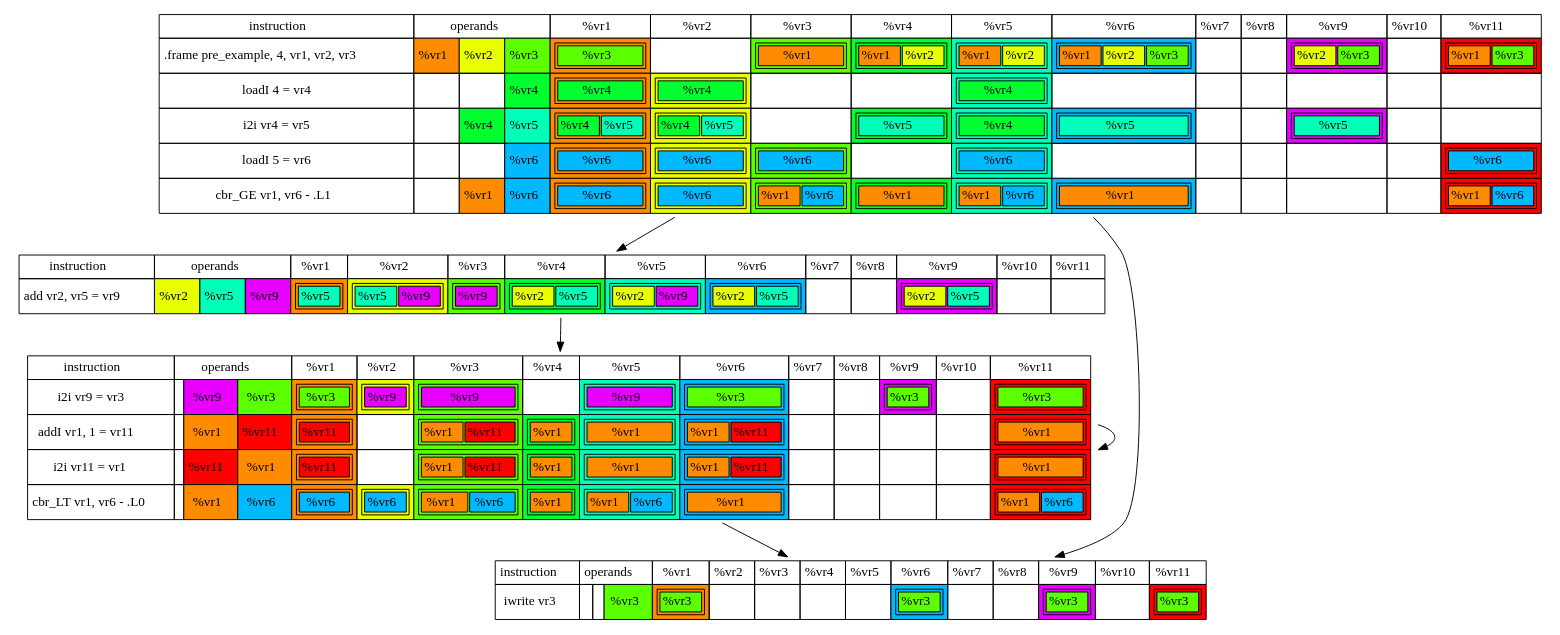
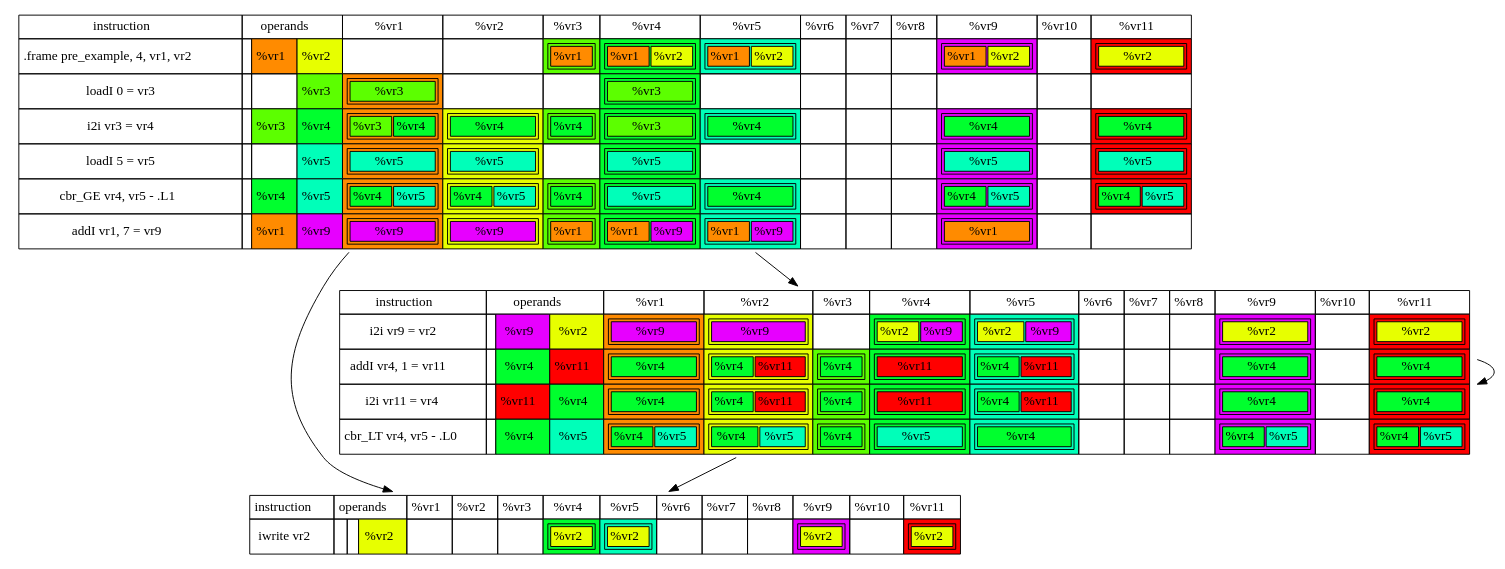
Before and after one commit to DevinR528/iloc-opt: the diagram in boo.dot, drawn with Graphviz. The commit also changed 13 other files, not shown here.

```diff
--- a/boo.dot
+++ b/boo.dot
@@ -14,14 +14,11 @@
 <td>%vr10</td>
 <td>%vr11</td>
 </tr>
-<tr><td>.frame pre_example, 4, vr1, vr2, vr3</td>
+<tr><td>.frame pre_example, 4, vr1, vr2</td>
+<td></td>
     <td bgcolor = "0.090909086 1 1">%vr1</td>
     <td bgcolor = "0.18181817 1 1">%vr2</td>
-    <td bgcolor = "0.27272728 1 1">%vr3</td>
-    <td  bgcolor = "0.090909086 1 1"><table><tr>
-    <td bgcolor = "0.27272728 1 1">%vr3</td>
-</tr></table>
-</td>
+<td></td>
 <td></td>
     <td  bgcolor = "0.27272728 1 1"><table><tr>
     <td bgcolor = "0.090909086 1 1">%vr1</td>
@@ -37,42 +34,32 @@
     <td bgcolor = "0.18181817 1 1">%vr2</td>
 </tr></table>
 </td>
-    <td  bgcolor = "0.54545456 1 1"><table><tr>
+<td></td>
+<td></td>
+<td></td>
+    <td  bgcolor = "0.81818175 1 1"><table><tr>
     <td bgcolor = "0.090909086 1 1">%vr1</td>
     <td bgcolor = "0.18181817 1 1">%vr2</td>
+</tr></table>
+</td>
+<td></td>
+    <td  bgcolor = "1 1 1"><table><tr>
+    <td bgcolor = "0.18181817 1 1">%vr2</td>
+</tr></table>
+</td>
+</tr>
+<tr><td>loadI 0 = vr3</td>
+<td></td>
+<td></td>
+    <td bgcolor = "0.27272728 1 1">%vr3</td>
+    <td  bgcolor = "0.090909086 1 1"><table><tr>
     <td bgcolor = "0.27272728 1 1">%vr3</td>
 </tr></table>
 </td>
 <td></td>
 <td></td>
-    <td  bgcolor = "0.81818175 1 1"><table><tr>
-    <td bgcolor = "0.18181817 1 1">%vr2</td>
+    <td  bgcolor = "0.36363634 1 1"><table><tr>
     <td bgcolor = "0.27272728 1 1">%vr3</td>
-</tr></table>
-</td>
-<td></td>
-    <td  bgcolor = "1 1 1"><table><tr>
-    <td bgcolor = "0.090909086 1 1">%vr1</td>
-    <td bgcolor = "0.27272728 1 1">%vr3</td>
-</tr></table>
-</td>
-</tr>
-<tr><td>loadI 4 = vr4</td>
-<td></td>
-<td></td>
-    <td bgcolor = "0.36363634 1 1">%vr4</td>
-    <td  bgcolor = "0.090909086 1 1"><table><tr>
-    <td bgcolor = "0.36363634 1 1">%vr4</td>
-</tr></table>
-</td>
-    <td  bgcolor = "0.18181817 1 1"><table><tr>
-    <td bgcolor = "0.36363634 1 1">%vr4</td>
-</tr></table>
-</td>
-<td></td>
-<td></td>
-    <td  bgcolor = "0.45454544 1 1"><table><tr>
-    <td bgcolor = "0.36363634 1 1">%vr4</td>
 </tr></table>
 </td>
 <td></td>
@@ -81,8 +68,78 @@
 <td></td>
 <td></td>
 <td></td>
+<td></td>
 </tr>
-<tr><td>i2i vr4 = vr5</td>
+<tr><td>i2i vr3 = vr4</td>
+<td></td>
+    <td bgcolor = "0.27272728 1 1">%vr3</td>
+    <td bgcolor = "0.36363634 1 1">%vr4</td>
+    <td  bgcolor = "0.090909086 1 1"><table><tr>
+    <td bgcolor = "0.27272728 1 1">%vr3</td>
+    <td bgcolor = "0.36363634 1 1">%vr4</td>
+</tr></table>
+</td>
+    <td  bgcolor = "0.18181817 1 1"><table><tr>
+    <td bgcolor = "0.36363634 1 1">%vr4</td>
+</tr></table>
+</td>
+    <td  bgcolor = "0.27272728 1 1"><table><tr>
+    <td bgcolor = "0.36363634 1 1">%vr4</td>
+</tr></table>
+</td>
+    <td  bgcolor = "0.36363634 1 1"><table><tr>
+    <td bgcolor = "0.27272728 1 1">%vr3</td>
+</tr></table>
+</td>
+    <td  bgcolor = "0.45454544 1 1"><table><tr>
+    <td bgcolor = "0.36363634 1 1">%vr4</td>
+</tr></table>
+</td>
+<td></td>
+<td></td>
+<td></td>
+    <td  bgcolor = "0.81818175 1 1"><table><tr>
+    <td bgcolor = "0.36363634 1 1">%vr4</td>
+</tr></table>
+</td>
+<td></td>
+    <td  bgcolor = "1 1 1"><table><tr>
+    <td bgcolor = "0.36363634 1 1">%vr4</td>
+</tr></table>
+</td>
+</tr>
+<tr><td>loadI 5 = vr5</td>
+<td></td>
+<td></td>
+    <td bgcolor = "0.45454544 1 1">%vr5</td>
+    <td  bgcolor = "0.090909086 1 1"><table><tr>
+    <td bgcolor = "0.45454544 1 1">%vr5</td>
+</tr></table>
+</td>
+    <td  bgcolor = "0.18181817 1 1"><table><tr>
+    <td bgcolor = "0.45454544 1 1">%vr5</td>
+</tr></table>
+</td>
+<td></td>
+    <td  bgcolor = "0.36363634 1 1"><table><tr>
+    <td bgcolor = "0.45454544 1 1">%vr5</td>
+</tr></table>
+</td>
+<td></td>
+<td></td>
+<td></td>
+<td></td>
+    <td  bgcolor = "0.81818175 1 1"><table><tr>
+    <td bgcolor = "0.45454544 1 1">%vr5</td>
+</tr></table>
+</td>
+<td></td>
+    <td  bgcolor = "1 1 1"><table><tr>
+    <td bgcolor = "0.45454544 1 1">%vr5</td>
+</tr></table>
+</td>
+</tr>
+<tr><td>cbr_GE vr4, vr5 - .L1</td>
 <td></td>
     <td bgcolor = "0.36363634 1 1">%vr4</td>
     <td bgcolor = "0.45454544 1 1">%vr5</td>
@@ -96,7 +153,10 @@
     <td bgcolor = "0.45454544 1 1">%vr5</td>
 </tr></table>
 </td>
-<td></td>
+    <td  bgcolor = "0.27272728 1 1"><table><tr>
+    <td bgcolor = "0.36363634 1 1">%vr4</td>
+</tr></table>
+</td>
     <td  bgcolor = "0.36363634 1 1"><table><tr>
     <td bgcolor = "0.45454544 1 1">%vr5</td>
 </tr></table>
@@ -105,152 +165,60 @@
     <td bgcolor = "0.36363634 1 1">%vr4</td>
 </tr></table>
 </td>
-    <td  bgcolor = "0.54545456 1 1"><table><tr>
+<td></td>
+<td></td>
+<td></td>
+    <td  bgcolor = "0.81818175 1 1"><table><tr>
+    <td bgcolor = "0.36363634 1 1">%vr4</td>
     <td bgcolor = "0.45454544 1 1">%vr5</td>
 </tr></table>
 </td>
 <td></td>
-<td></td>
-    <td  bgcolor = "0.81818175 1 1"><table><tr>
+    <td  bgcolor = "1 1 1"><table><tr>
+    <td bgcolor = "0.36363634 1 1">%vr4</td>
     <td bgcolor = "0.45454544 1 1">%vr5</td>
 </tr></table>
 </td>
+</tr>
+<tr><td>addI vr1, 7 = vr9</td>
 <td></td>
-<td></td>
-</tr>
-<tr><td>loadI 5 = vr6</td>
-<td></td>
-<td></td>
-    <td bgcolor = "0.54545456 1 1">%vr6</td>
+    <td bgcolor = "0.090909086 1 1">%vr1</td>
+    <td bgcolor = "0.81818175 1 1">%vr9</td>
     <td  bgcolor = "0.090909086 1 1"><table><tr>
-    <td bgcolor = "0.54545456 1 1">%vr6</td>
+    <td bgcolor = "0.81818175 1 1">%vr9</td>
 </tr></table>
 </td>
     <td  bgcolor = "0.18181817 1 1"><table><tr>
-    <td bgcolor = "0.54545456 1 1">%vr6</td>
+    <td bgcolor = "0.81818175 1 1">%vr9</td>
 </tr></table>
 </td>
     <td  bgcolor = "0.27272728 1 1"><table><tr>
-    <td bgcolor = "0.54545456 1 1">%vr6</td>
+    <td bgcolor = "0.090909086 1 1">%vr1</td>
 </tr></table>
 </td>
-<td></td>
+    <td  bgcolor = "0.36363634 1 1"><table><tr>
+    <td bgcolor = "0.090909086 1 1">%vr1</td>
+    <td bgcolor = "0.81818175 1 1">%vr9</td>
+</tr></table>
+</td>
     <td  bgcolor = "0.45454544 1 1"><table><tr>
-    <td bgcolor = "0.54545456 1 1">%vr6</td>
+    <td bgcolor = "0.090909086 1 1">%vr1</td>
+    <td bgcolor = "0.81818175 1 1">%vr9</td>
 </tr></table>
 </td>
 <td></td>
 <td></td>
 <td></td>
-<td></td>
-<td></td>
-    <td  bgcolor = "1 1 1"><table><tr>
-    <td bgcolor = "0.54545456 1 1">%vr6</td>
-</tr></table>
-</td>
-</tr>
-<tr><td>cbr_GE vr1, vr6 - .L1</td>
-<td></td>
+    <td  bgcolor = "0.81818175 1 1"><table><tr>
     <td bgcolor = "0.090909086 1 1">%vr1</td>
-    <td bgcolor = "0.54545456 1 1">%vr6</td>
-    <td  bgcolor = "0.090909086 1 1"><table><tr>
-    <td bgcolor = "0.54545456 1 1">%vr6</td>
-</tr></table>
-</td>
-    <td  bgcolor = "0.18181817 1 1"><table><tr>
-    <td bgcolor = "0.54545456 1 1">%vr6</td>
-</tr></table>
-</td>
-    <td  bgcolor = "0.27272728 1 1"><table><tr>
-    <td bgcolor = "0.090909086 1 1">%vr1</td>
-    <td bgcolor = "0.54545456 1 1">%vr6</td>
-</tr></table>
-</td>
-    <td  bgcolor = "0.36363634 1 1"><table><tr>
-    <td bgcolor = "0.090909086 1 1">%vr1</td>
-</tr></table>
-</td>
-    <td  bgcolor = "0.45454544 1 1"><table><tr>
-    <td bgcolor = "0.090909086 1 1">%vr1</td>
-    <td bgcolor = "0.54545456 1 1">%vr6</td>
-</tr></table>
-</td>
-    <td  bgcolor = "0.54545456 1 1"><table><tr>
-    <td bgcolor = "0.090909086 1 1">%vr1</td>
-</tr></table>
-</td>
-<td></td>
-<td></td>
-<td></td>
-<td></td>
-    <td  bgcolor = "1 1 1"><table><tr>
-    <td bgcolor = "0.090909086 1 1">%vr1</td>
-    <td bgcolor = "0.54545456 1 1">%vr6</td>
-</tr></table>
-</td>
-</tr>
-</table>>]
-_F_pre_example -> _pre_F_pre_example_L0
-_F_pre_example -> _L1
-_pre_F_pre_example_L0 [shape = none, label = <
-<table border="0" cellborder="1" cellspacing="0" cellpadding="4">
-<tr><td>instruction</td><td colspan="3">operands</td>
-<td>%vr1</td>
-<td>%vr2</td>
-<td>%vr3</td>
-<td>%vr4</td>
-<td>%vr5</td>
-<td>%vr6</td>
-<td>%vr7</td>
-<td>%vr8</td>
-<td>%vr9</td>
-<td>%vr10</td>
-<td>%vr11</td>
-</tr>
-<tr><td>add vr2, vr5 = vr9</td>
-    <td bgcolor = "0.18181817 1 1">%vr2</td>
-    <td bgcolor = "0.45454544 1 1">%vr5</td>
-    <td bgcolor = "0.81818175 1 1">%vr9</td>
-    <td  bgcolor = "0.090909086 1 1"><table><tr>
-    <td bgcolor = "0.45454544 1 1">%vr5</td>
-</tr></table>
-</td>
-    <td  bgcolor = "0.18181817 1 1"><table><tr>
-    <td bgcolor = "0.45454544 1 1">%vr5</td>
-    <td bgcolor = "0.81818175 1 1">%vr9</td>
-</tr></table>
-</td>
-    <td  bgcolor = "0.27272728 1 1"><table><tr>
-    <td bgcolor = "0.81818175 1 1">%vr9</td>
-</tr></table>
-</td>
-    <td  bgcolor = "0.36363634 1 1"><table><tr>
-    <td bgcolor = "0.18181817 1 1">%vr2</td>
-    <td bgcolor = "0.45454544 1 1">%vr5</td>
-</tr></table>
-</td>
-    <td  bgcolor = "0.45454544 1 1"><table><tr>
-    <td bgcolor = "0.18181817 1 1">%vr2</td>
-    <td bgcolor = "0.81818175 1 1">%vr9</td>
-</tr></table>
-</td>
-    <td  bgcolor = "0.54545456 1 1"><table><tr>
-    <td bgcolor = "0.18181817 1 1">%vr2</td>
-    <td bgcolor = "0.45454544 1 1">%vr5</td>
-</tr></table>
-</td>
-<td></td>
-<td></td>
-    <td  bgcolor = "0.81818175 1 1"><table><tr>
-    <td bgcolor = "0.18181817 1 1">%vr2</td>
-    <td bgcolor = "0.45454544 1 1">%vr5</td>
 </tr></table>
 </td>
 <td></td>
 <td></td>
 </tr>
 </table>>]
-_pre_F_pre_example_L0 -> _L0
+_F_pre_example -> _L1
+_F_pre_example -> _L0
 _L0 [shape = none, label = <
 <table border="0" cellborder="1" cellspacing="0" cellpadding="4">
 <tr><td>instruction</td><td colspan="3">operands</td>
@@ -266,158 +234,164 @@
 <td>%vr10</td>
 <td>%vr11</td>
 </tr>
-<tr><td>i2i vr9 = vr3</td>
+<tr><td>i2i vr9 = vr2</td>
 <td></td>
     <td bgcolor = "0.81818175 1 1">%vr9</td>
-    <td bgcolor = "0.27272728 1 1">%vr3</td>
+    <td bgcolor = "0.18181817 1 1">%vr2</td>
     <td  bgcolor = "0.090909086 1 1"><table><tr>
-    <td bgcolor = "0.27272728 1 1">%vr3</td>
+    <td bgcolor = "0.81818175 1 1">%vr9</td>
 </tr></table>
 </td>
     <td  bgcolor = "0.18181817 1 1"><table><tr>
     <td bgcolor = "0.81818175 1 1">%vr9</td>
 </tr></table>
 </td>
-    <td  bgcolor = "0.27272728 1 1"><table><tr>
+<td></td>
+    <td  bgcolor = "0.36363634 1 1"><table><tr>
+    <td bgcolor = "0.18181817 1 1">%vr2</td>
+    <td bgcolor = "0.81818175 1 1">%vr9</td>
+</tr></table>
+</td>
+    <td  bgcolor = "0.45454544 1 1"><table><tr>
+    <td bgcolor = "0.18181817 1 1">%vr2</td>
     <td bgcolor = "0.81818175 1 1">%vr9</td>
 </tr></table>
 </td>
 <td></td>
-    <td  bgcolor = "0.45454544 1 1"><table><tr>
-    <td bgcolor = "0.81818175 1 1">%vr9</td>
-</tr></table>
-</td>
-    <td  bgcolor = "0.54545456 1 1"><table><tr>
-    <td bgcolor = "0.27272728 1 1">%vr3</td>
-</tr></table>
-</td>
 <td></td>
 <td></td>
     <td  bgcolor = "0.81818175 1 1"><table><tr>
-    <td bgcolor = "0.27272728 1 1">%vr3</td>
+    <td bgcolor = "0.18181817 1 1">%vr2</td>
 </tr></table>
 </td>
 <td></td>
     <td  bgcolor = "1 1 1"><table><tr>
-    <td bgcolor = "0.27272728 1 1">%vr3</td>
+    <td bgcolor = "0.18181817 1 1">%vr2</td>
 </tr></table>
 </td>
 </tr>
-<tr><td>addI vr1, 1 = vr11</td>
+<tr><td>addI vr4, 1 = vr11</td>
 <td></td>
-    <td bgcolor = "0.090909086 1 1">%vr1</td>
+    <td bgcolor = "0.36363634 1 1">%vr4</td>
     <td bgcolor = "1 1 1">%vr11</td>
     <td  bgcolor = "0.090909086 1 1"><table><tr>
+    <td bgcolor = "0.36363634 1 1">%vr4</td>
+</tr></table>
+</td>
+    <td  bgcolor = "0.18181817 1 1"><table><tr>
+    <td bgcolor = "0.36363634 1 1">%vr4</td>
     <td bgcolor = "1 1 1">%vr11</td>
 </tr></table>
 </td>
-<td></td>
     <td  bgcolor = "0.27272728 1 1"><table><tr>
-    <td bgcolor = "0.090909086 1 1">%vr1</td>
+    <td bgcolor = "0.36363634 1 1">%vr4</td>
+</tr></table>
+</td>
+    <td  bgcolor = "0.36363634 1 1"><table><tr>
     <td bgcolor = "1 1 1">%vr11</td>
 </tr></table>
 </td>
-    <td  bgcolor = "0.36363634 1 1"><table><tr>
-    <td bgcolor = "0.090909086 1 1">%vr1</td>
-</tr></table>
-</td>
     <td  bgcolor = "0.45454544 1 1"><table><tr>
-    <td bgcolor = "0.090909086 1 1">%vr1</td>
-</tr></table>
-</td>
-    <td  bgcolor = "0.54545456 1 1"><table><tr>
-    <td bgcolor = "0.090909086 1 1">%vr1</td>
+    <td bgcolor = "0.36363634 1 1">%vr4</td>
     <td bgcolor = "1 1 1">%vr11</td>
 </tr></table>
 </td>
 <td></td>
 <td></td>
 <td></td>
+    <td  bgcolor = "0.81818175 1 1"><table><tr>
+    <td bgcolor = "0.36363634 1 1">%vr4</td>
+</tr></table>
+</td>
 <td></td>
     <td  bgcolor = "1 1 1"><table><tr>
-    <td bgcolor = "0.090909086 1 1">%vr1</td>
+    <td bgcolor = "0.36363634 1 1">%vr4</td>
 </tr></table>
 </td>
 </tr>
-<tr><td>i2i vr11 = vr1</td>
+<tr><td>i2i vr11 = vr4</td>
 <td></td>
     <td bgcolor = "1 1 1">%vr11</td>
-    <td bgcolor = "0.090909086 1 1">%vr1</td>
+    <td bgcolor = "0.36363634 1 1">%vr4</td>
     <td  bgcolor = "0.090909086 1 1"><table><tr>
+    <td bgcolor = "0.36363634 1 1">%vr4</td>
+</tr></table>
+</td>
+    <td  bgcolor = "0.18181817 1 1"><table><tr>
+    <td bgcolor = "0.36363634 1 1">%vr4</td>
     <td bgcolor = "1 1 1">%vr11</td>
 </tr></table>
 </td>
-<td></td>
     <td  bgcolor = "0.27272728 1 1"><table><tr>
-    <td bgcolor = "0.090909086 1 1">%vr1</td>
+    <td bgcolor = "0.36363634 1 1">%vr4</td>
+</tr></table>
+</td>
+    <td  bgcolor = "0.36363634 1 1"><table><tr>
     <td bgcolor = "1 1 1">%vr11</td>
 </tr></table>
 </td>
-    <td  bgcolor = "0.36363634 1 1"><table><tr>
-    <td bgcolor = "0.090909086 1 1">%vr1</td>
-</tr></table>
-</td>
     <td  bgcolor = "0.45454544 1 1"><table><tr>
-    <td bgcolor = "0.090909086 1 1">%vr1</td>
-</tr></table>
-</td>
-    <td  bgcolor = "0.54545456 1 1"><table><tr>
-    <td bgcolor = "0.090909086 1 1">%vr1</td>
+    <td bgcolor = "0.36363634 1 1">%vr4</td>
     <td bgcolor = "1 1 1">%vr11</td>
 </tr></table>
 </td>
 <td></td>
 <td></td>
 <td></td>
+    <td  bgcolor = "0.81818175 1 1"><table><tr>
+    <td bgcolor = "0.36363634 1 1">%vr4</td>
+</tr></table>
+</td>
 <td></td>
     <td  bgcolor = "1 1 1"><table><tr>
-    <td bgcolor = "0.090909086 1 1">%vr1</td>
+    <td bgcolor = "0.36363634 1 1">%vr4</td>
 </tr></table>
 </td>
 </tr>
-<tr><td>cbr_LT vr1, vr6 - .L0</td>
+<tr><td>cbr_LT vr4, vr5 - .L0</td>
 <td></td>
-    <td bgcolor = "0.090909086 1 1">%vr1</td>
-    <td bgcolor = "0.54545456 1 1">%vr6</td>
+    <td bgcolor = "0.36363634 1 1">%vr4</td>
+    <td bgcolor = "0.45454544 1 1">%vr5</td>
     <td  bgcolor = "0.090909086 1 1"><table><tr>
-    <td bgcolor = "0.54545456 1 1">%vr6</td>
+    <td bgcolor = "0.36363634 1 1">%vr4</td>
+    <td bgcolor = "0.45454544 1 1">%vr5</td>
 </tr></table>
 </td>
     <td  bgcolor = "0.18181817 1 1"><table><tr>
-    <td bgcolor = "0.54545456 1 1">%vr6</td>
+    <td bgcolor = "0.36363634 1 1">%vr4</td>
+    <td bgcolor = "0.45454544 1 1">%vr5</td>
 </tr></table>
 </td>
     <td  bgcolor = "0.27272728 1 1"><table><tr>
-    <td bgcolor = "0.090909086 1 1">%vr1</td>
-    <td bgcolor = "0.54545456 1 1">%vr6</td>
+    <td bgcolor = "0.36363634 1 1">%vr4</td>
 </tr></table>
 </td>
     <td  bgcolor = "0.36363634 1 1"><table><tr>
-    <td bgcolor = "0.090909086 1 1">%vr1</td>
+    <td bgcolor = "0.45454544 1 1">%vr5</td>
 </tr></table>
 </td>
     <td  bgcolor = "0.45454544 1 1"><table><tr>
-    <td bgcolor = "0.090909086 1 1">%vr1</td>
-    <td bgcolor = "0.54545456 1 1">%vr6</td>
-</tr></table>
-</td>
-    <td  bgcolor = "0.54545456 1 1"><table><tr>
-    <td bgcolor = "0.090909086 1 1">%vr1</td>
+    <td bgcolor = "0.36363634 1 1">%vr4</td>
 </tr></table>
 </td>
 <td></td>
 <td></td>
 <td></td>
+    <td  bgcolor = "0.81818175 1 1"><table><tr>
+    <td bgcolor = "0.36363634 1 1">%vr4</td>
+    <td bgcolor = "0.45454544 1 1">%vr5</td>
+</tr></table>
+</td>
 <td></td>
     <td  bgcolor = "1 1 1"><table><tr>
-    <td bgcolor = "0.090909086 1 1">%vr1</td>
-    <td bgcolor = "0.54545456 1 1">%vr6</td>
+    <td bgcolor = "0.36363634 1 1">%vr4</td>
+    <td bgcolor = "0.45454544 1 1">%vr5</td>
 </tr></table>
 </td>
 </tr>
 </table>>]
+_L0 -> _L1
 _L0 -> _L0
-_L0 -> _L1
 _L1 [shape = none, label = <
 <table border="0" cellborder="1" cellspacing="0" cellpadding="4">
 <tr><td>instruction</td><td colspan="3">operands</td>
@@ -433,31 +407,31 @@
 <td>%vr10</td>
 <td>%vr11</td>
 </tr>
-<tr><td>iwrite vr3</td>
+<tr><td>iwrite vr2</td>
 <td></td>
 <td></td>
-    <td bgcolor = "0.27272728 1 1">%vr3</td>
-    <td  bgcolor = "0.090909086 1 1"><table><tr>
-    <td bgcolor = "0.27272728 1 1">%vr3</td>
+    <td bgcolor = "0.18181817 1 1">%vr2</td>
+<td></td>
+<td></td>
+<td></td>
+    <td  bgcolor = "0.36363634 1 1"><table><tr>
+    <td bgcolor = "0.18181817 1 1">%vr2</td>
+</tr></table>
+</td>
+    <td  bgcolor = "0.45454544 1 1"><table><tr>
+    <td bgcolor = "0.18181817 1 1">%vr2</td>
 </tr></table>
 </td>
 <td></td>
 <td></td>
 <td></td>
-<td></td>
-    <td  bgcolor = "0.54545456 1 1"><table><tr>
-    <td bgcolor = "0.27272728 1 1">%vr3</td>
-</tr></table>
-</td>
-<td></td>
-<td></td>
     <td  bgcolor = "0.81818175 1 1"><table><tr>
-    <td bgcolor = "0.27272728 1 1">%vr3</td>
+    <td bgcolor = "0.18181817 1 1">%vr2</td>
 </tr></table>
 </td>
 <td></td>
     <td  bgcolor = "1 1 1"><table><tr>
-    <td bgcolor = "0.27272728 1 1">%vr3</td>
+    <td bgcolor = "0.18181817 1 1">%vr2</td>
 </tr></table>
 </td>
 </tr>
```
